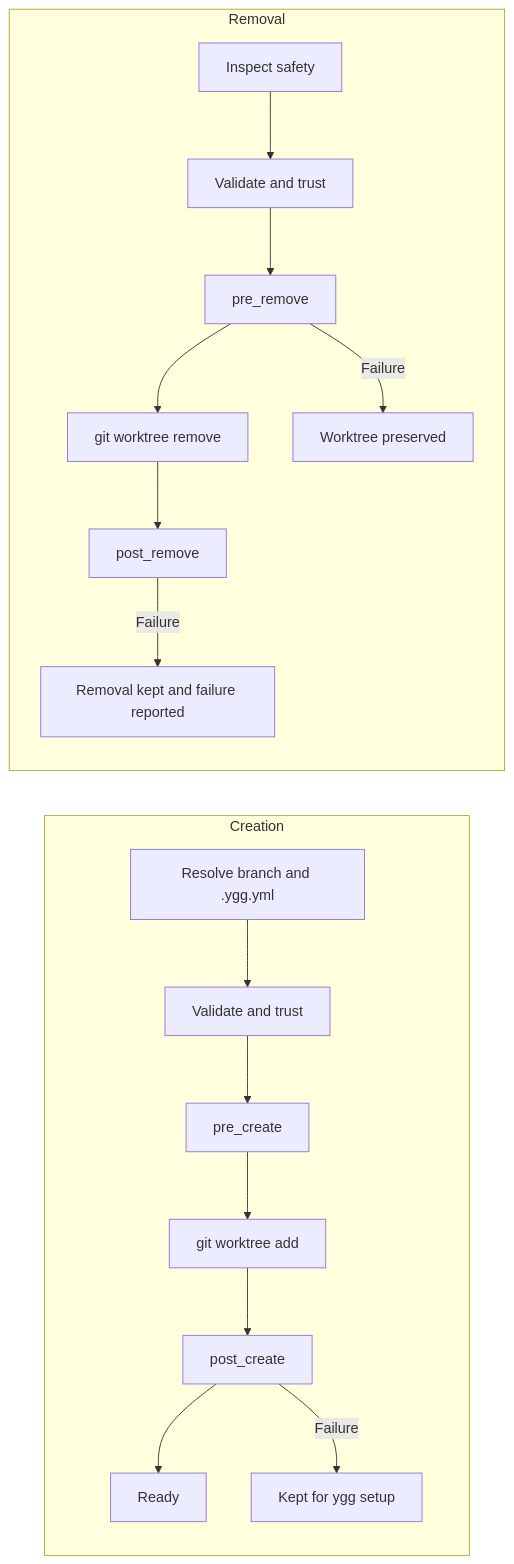
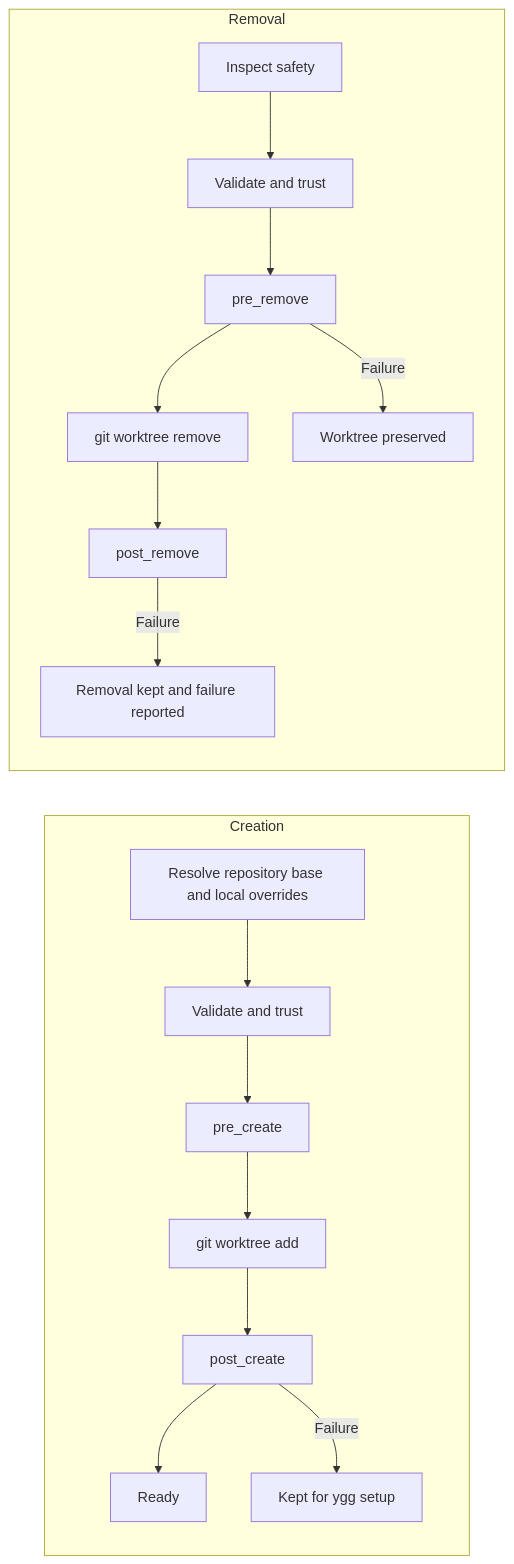
The diagram in docs/configuration.md (phillippbertram/wald-worktree), drawn with Mermaid before and after one commit. The commit also changed other lines of this file and 45 other files, not shown here.

First line of the commit message:
feat(config): add workspace-local project.yml and ygg hook run

````diff
--- a/docs/configuration.md
+++ b/docs/configuration.md
@@ -392,20 +460,20 @@
 ```mermaid
 flowchart LR
     subgraph Creation
-      C1[Resolve branch and .ygg.yml] --> C2[Validate and trust]
+      C1[Resolve repository base and local overrides] --> C2[Validate and trust]
       C2 --> C3[pre_create]
       C3 --> C4[git worktree add]
       C4 --> C5[post_create]
       C5 --> C6[Ready]
       C5 -- Failure --> C7[Kept for ygg setup]
     end
 
     subgraph Removal
       R1[Inspect safety] --> R2[Validate and trust]
       R2 --> R3[pre_remove]
       R3 --> R4[git worktree remove]
       R4 --> R5[post_remove]
       R3 -- Failure --> R6[Worktree preserved]
       R5 -- Failure --> R7[Removal kept and failure reported]
     end
 ```
````
